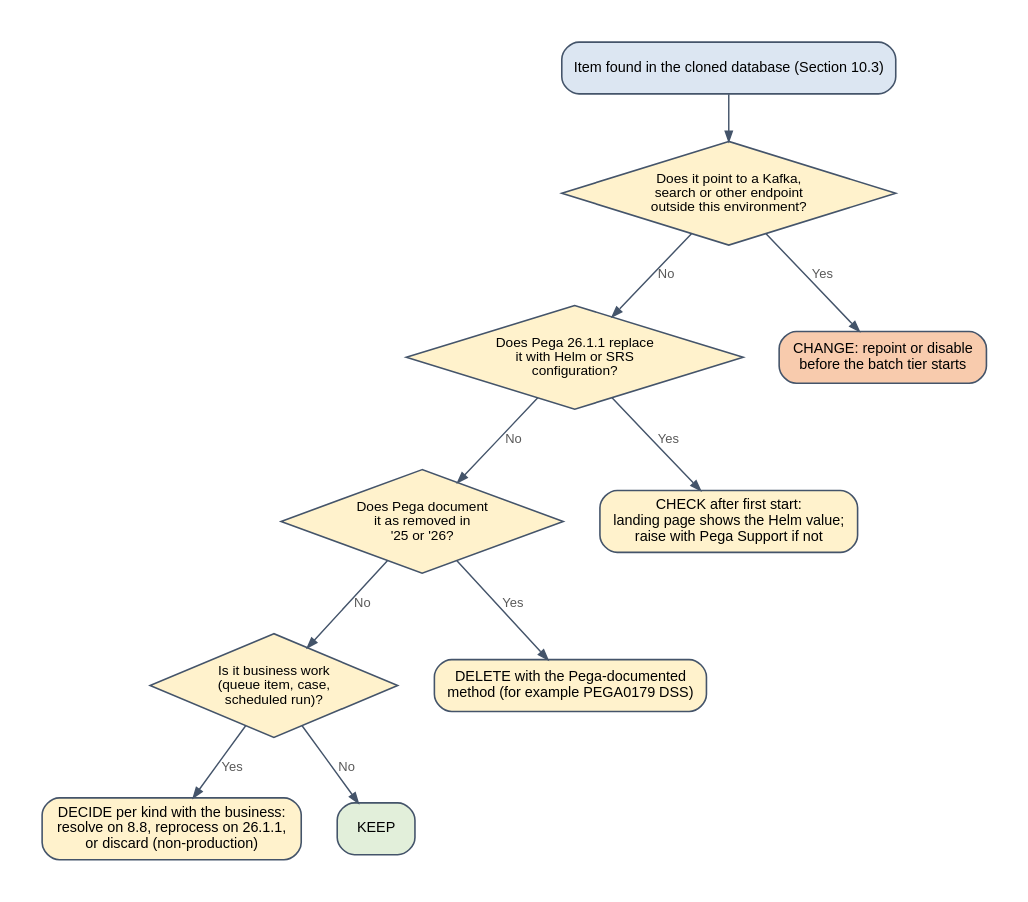
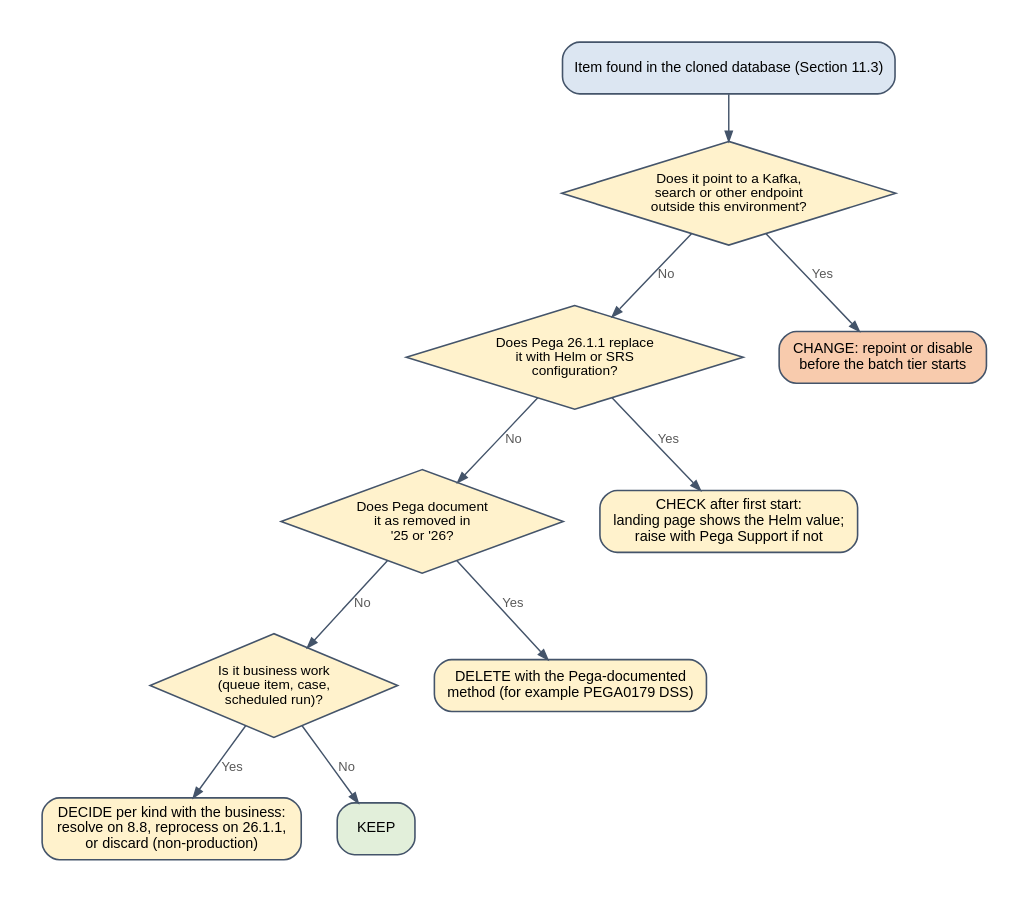
Before and after one commit to ravislr-beep/Sukoon: the diagram in runbook/img/generated/fig_decision_cloned_item.dot, drawn with Graphviz. The commit also changed 22 other files, not shown here.

Commit message:
Runbook 2.2: new Section 9 on data flows, classification, encryption in transit and at rest, operational copies, retention, erasure and transfer failures; renumber Sections 9-20 to 10-21; add R64-R79, OD-14 to OD-18, GQ-09 to GQ-11, DT/DF/DA/DP IDs, risks, alerts and data diagrams

```diff
--- a/runbook/img/generated/fig_decision_cloned_item.dot
+++ b/runbook/img/generated/fig_decision_cloned_item.dot
@@ -1,25 +1,25 @@
 digraph G {
 
   graph [fontname="Liberation Sans", fontsize=11, bgcolor="white", pad="0.3", nodesep="0.35", ranksep="0.45", fontcolor="#1F3864"];
   node  [fontname="Liberation Sans", fontsize=10, shape=box, style="rounded,filled", fillcolor="white", color="#44546A", penwidth=1.1, margin="0.14,0.07"];
   edge  [fontname="Liberation Sans", fontsize=9, color="#44546A", fontcolor="#595959", arrowsize=0.7, penwidth=1.0];
 
 
   rankdir=TB;
-  start [label="Item found in the cloned database (Section 10.3)", fillcolor="#DCE6F2"];
+  start [label="Item found in the cloned database (Section 11.3)", fillcolor="#DCE6F2"];
   q1 [shape=diamond, style="filled", fillcolor="#FFF2CC", label="Does it point to a Kafka,\nsearch or other endpoint\noutside this environment?", margin="0.04,0.04", fontsize=9.5];
   q2 [shape=diamond, style="filled", fillcolor="#FFF2CC", label="Does Pega 26.1.1 replace\nit with Helm or SRS\nconfiguration?", margin="0.04,0.04", fontsize=9.5];
   q3 [shape=diamond, style="filled", fillcolor="#FFF2CC", label="Does Pega document\nit as removed in\n'25 or '26?", margin="0.04,0.04", fontsize=9.5];
   q4 [shape=diamond, style="filled", fillcolor="#FFF2CC", label="Is it business work\n(queue item, case,\nscheduled run)?", margin="0.04,0.04", fontsize=9.5];
   rep [label="CHANGE: repoint or disable\nbefore the batch tier starts", fillcolor="#F8CBAD"];
   chk [label="CHECK after first start:\nlanding page shows the Helm value;\nraise with Pega Support if not", fillcolor="#FFF2CC"];
   del [label="DELETE with the Pega-documented\nmethod (for example PEGA0179 DSS)", fillcolor="#FFF2CC"];
   biz [label="DECIDE per kind with the business:\nresolve on 8.8, reprocess on 26.1.1,\nor discard (non-production)", fillcolor="#FFF2CC"];
   keep [label="KEEP", fillcolor="#E2EFDA"];
   start -> q1;
   q1 -> rep [label="Yes"]; q1 -> q2 [label="No"];
   q2 -> chk [label="Yes"]; q2 -> q3 [label="No"];
   q3 -> del [label="Yes"]; q3 -> q4 [label="No"];
   q4 -> biz [label="Yes"]; q4 -> keep [label="No"];
 
 }
```
